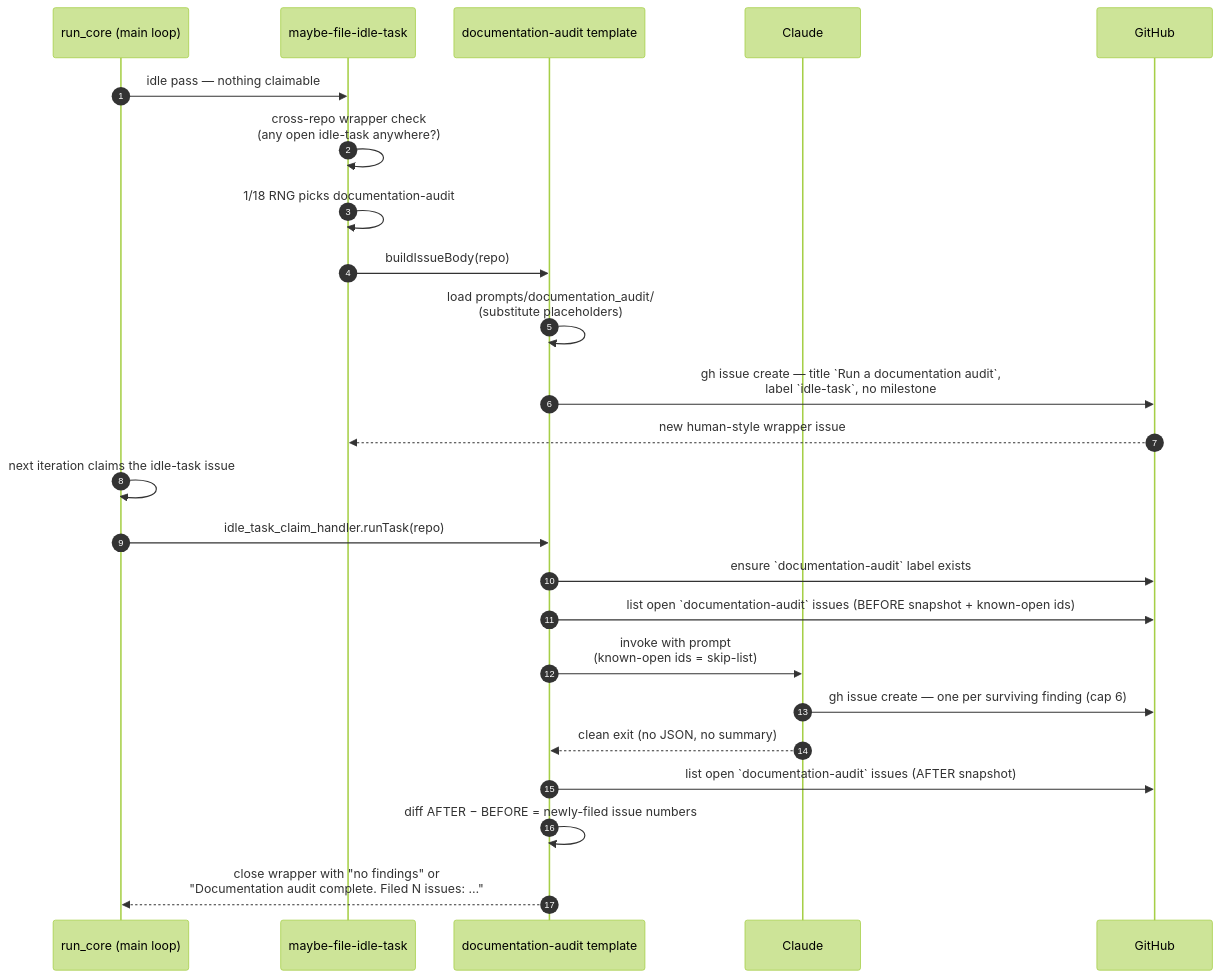
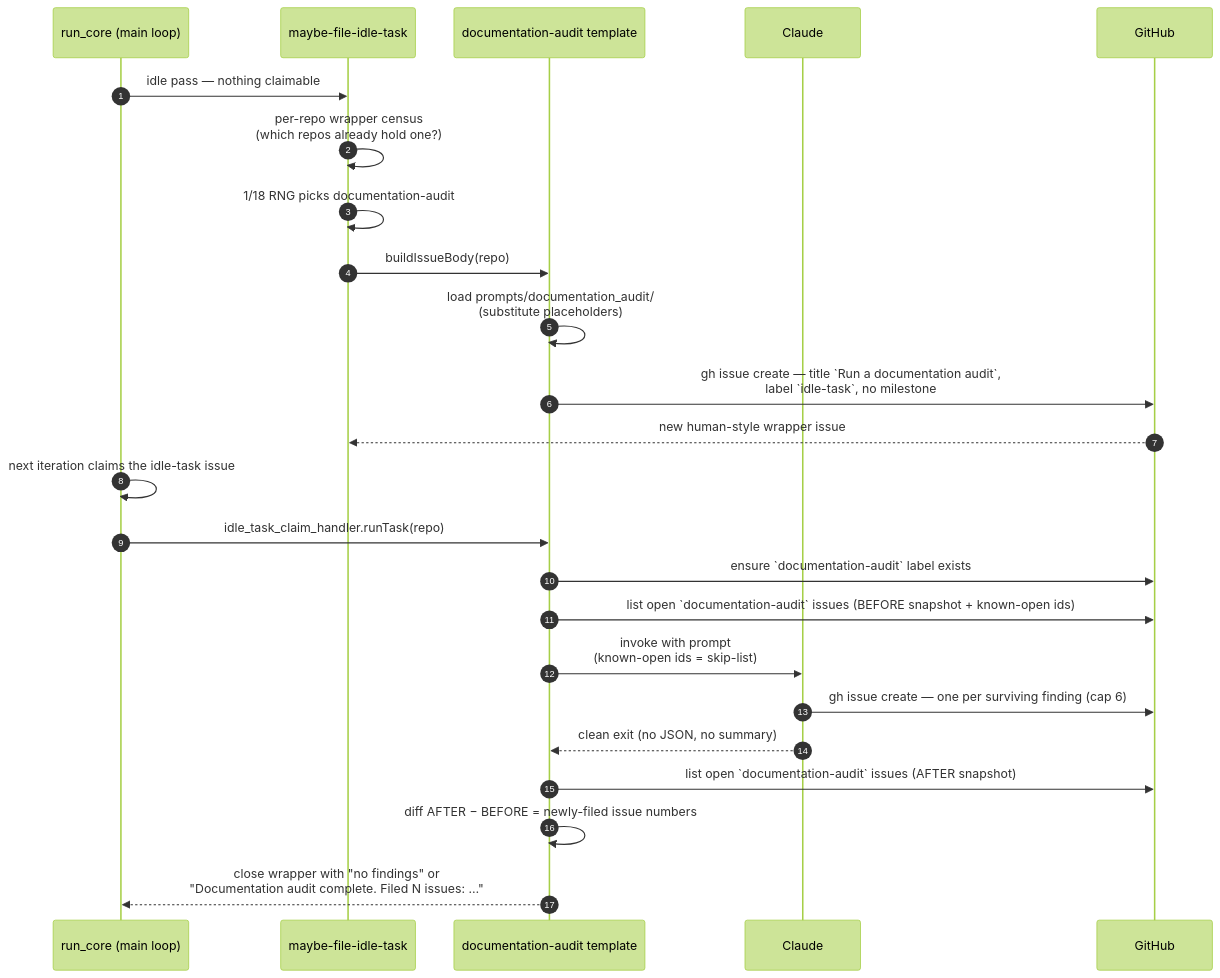
Before and after one commit to stSoftwareAU/VibeCoder: the diagram in docs/DOCUMENTATION-AUDIT-SCAN.md, drawn with Mermaid (forest theme). The commit also changed 15 other files, not shown here.

First line of the commit message:
fix: raise an idle task per empty repository, not one per fleet (Issue #1083)

````diff
--- a/docs/DOCUMENTATION-AUDIT-SCAN.md
+++ b/docs/DOCUMENTATION-AUDIT-SCAN.md
@@ -167,27 +167,27 @@
 ```mermaid
 sequenceDiagram
     autonumber
     participant Main as run_core (main loop)
     participant Filer as maybe-file-idle-task
     participant Template as documentation-audit template
     participant Claude
     participant GH as GitHub
 
     Main->>Filer: idle pass — nothing claimable
-    Filer->>Filer: cross-repo wrapper check<br/>(any open idle-task anywhere?)
+    Filer->>Filer: per-repo wrapper census<br/>(which repos already hold one?)
     Filer->>Filer: 1/18 RNG picks documentation-audit
     Filer->>Template: buildIssueBody(repo)
     Template->>Template: load prompts/documentation_audit/<br/>(substitute placeholders)
     Template->>GH: gh issue create — title `Run a documentation audit`,<br/>label `idle-task`, no milestone
     GH-->>Filer: new human-style wrapper issue
     Main->>Main: next iteration claims the idle-task issue
     Main->>Template: idle_task_claim_handler.runTask(repo)
     Template->>GH: ensure `documentation-audit` label exists
     Template->>GH: list open `documentation-audit` issues (BEFORE snapshot + known-open ids)
     Template->>Claude: invoke with prompt<br/>(known-open ids = skip-list)
     Claude->>GH: gh issue create — one per surviving finding (cap 6)
     Claude-->>Template: clean exit (no JSON, no summary)
     Template->>GH: list open `documentation-audit` issues (AFTER snapshot)
     Template->>Template: diff AFTER − BEFORE = newly-filed issue numbers
     Template-->>Main: close wrapper with "no findings" or<br/>"Documentation audit complete. Filed N issues: …"
 ```
````
